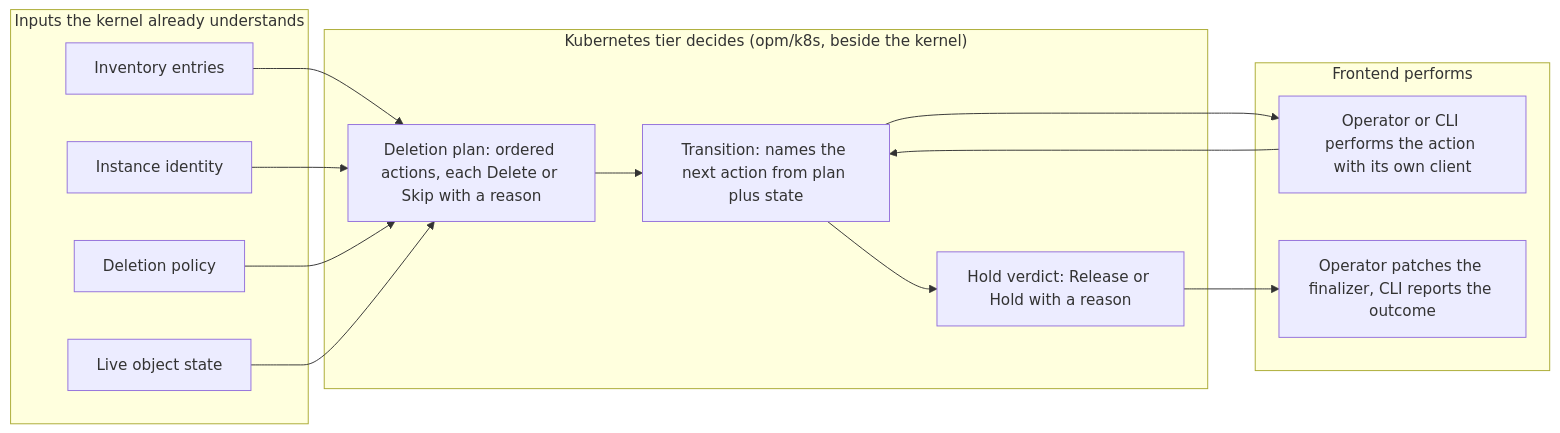
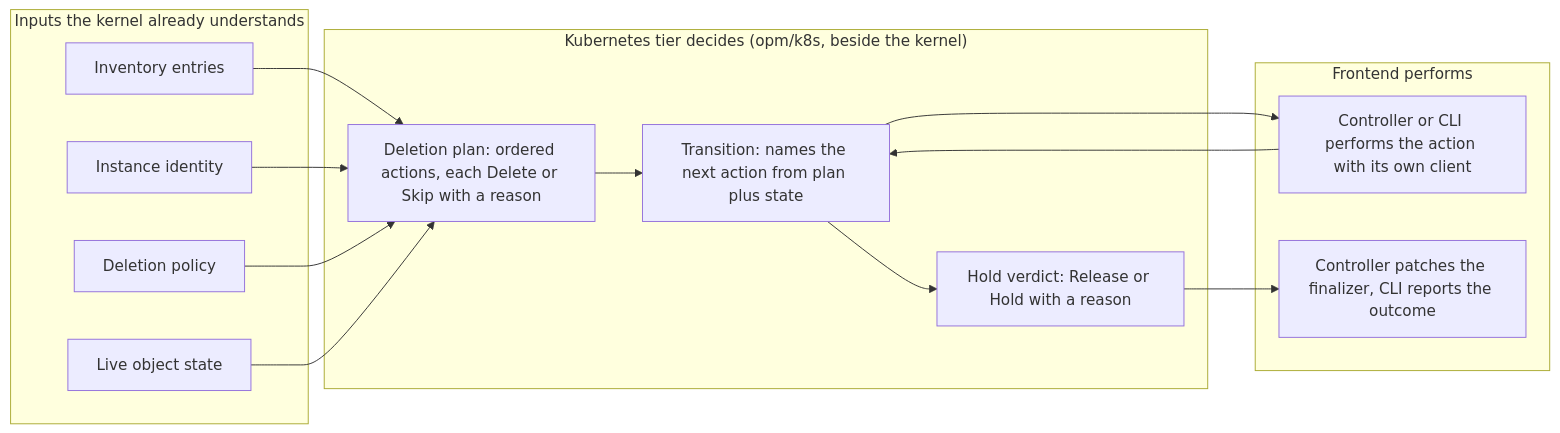
The diagram in openspec/changes/0012-kubernetes-first-class-kernel-platform/design.md (open-platform-model/enhancements), drawn with Mermaid before and after one commit. The commit also changed other lines of this file and 219 other files, not shown here.

First line of the commit message:
refactor: rename opm-operator to opm-controller in the live entries (#113)

````diff
--- a/openspec/changes/0012-kubernetes-first-class-kernel-platform/design.md
+++ b/openspec/changes/0012-kubernetes-first-class-kernel-platform/design.md
@@ -5,27 +5,27 @@
 ```mermaid
 flowchart LR
     subgraph inputs ["Inputs the kernel already understands"]
         inv["Inventory entries"]
         ident["Instance identity"]
         pol["Deletion policy"]
         live["Live object state"]
     end
     subgraph tier ["Kubernetes tier decides (opm/k8s, beside the kernel)"]
         plan["Deletion plan: ordered actions, each Delete or Skip with a reason"]
         next["Transition: names the next action from plan plus state"]
         hold["Hold verdict: Release or Hold with a reason"]
     end
     subgraph frontend ["Frontend performs"]
-        actor["Operator or CLI performs the action with its own client"]
-        fin["Operator patches the finalizer, CLI reports the outcome"]
+        actor["Controller or CLI performs the action with its own client"]
+        fin["Controller patches the finalizer, CLI reports the outcome"]
     end
     inv --> plan
     ident --> plan
     pol --> plan
     live --> plan
     plan --> next
     next --> actor
     actor --> next
     next --> hold
     hold --> fin
 ```
````
